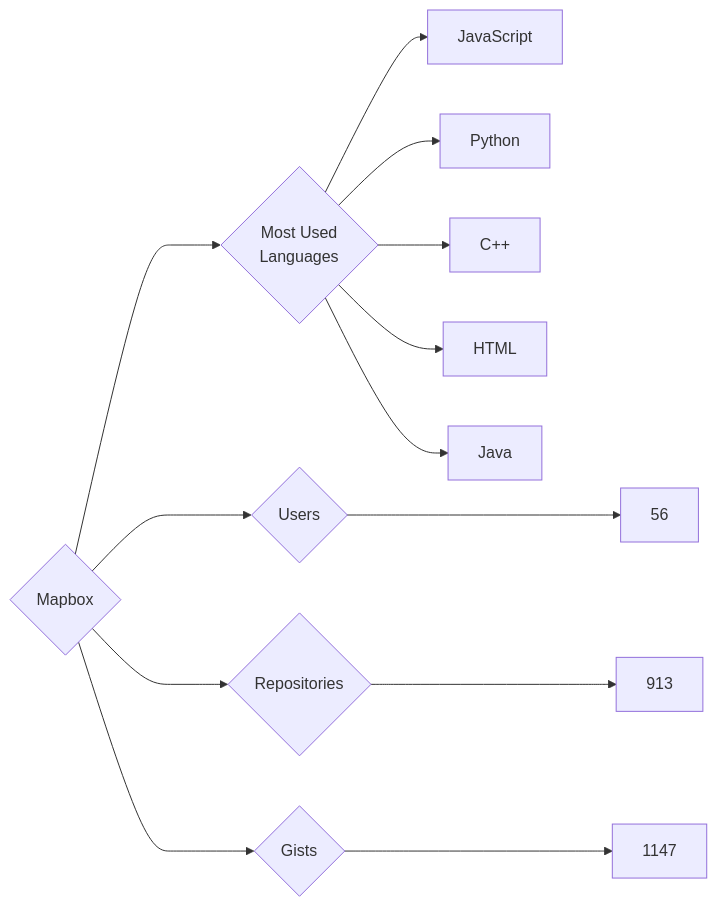
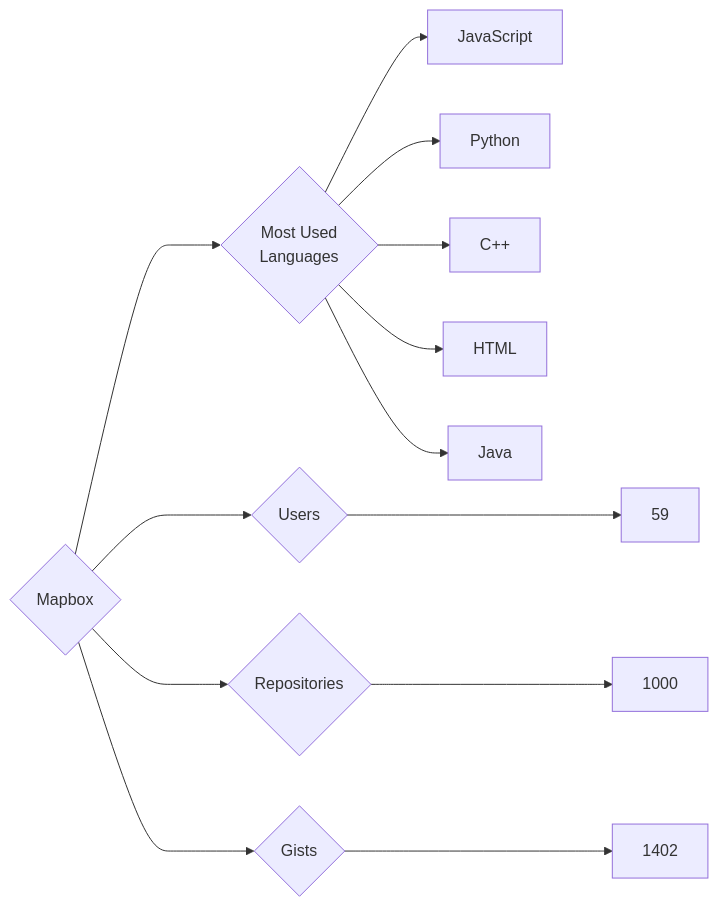
Before and after one commit to trickest/insiders: the diagram in targets/Mapbox/README.md, drawn with Mermaid. The commit also changed 777 other files, not shown here.

````diff
--- a/targets/Mapbox/README.md
+++ b/targets/Mapbox/README.md
@@ -3,13 +3,13 @@
 ```mermaid
 graph LR
 COMPANY_NAME{Mapbox}
-COMPANY_NAME ---> U{Users} ---> UN[56]
-COMPANY_NAME ---> R{Repositories} ---> RN[913]
-COMPANY_NAME ---> G{Gists} ---> GN[1147]
+COMPANY_NAME ---> U{Users} ---> UN[59]
+COMPANY_NAME ---> R{Repositories} ---> RN[1000]
+COMPANY_NAME ---> G{Gists} ---> GN[1402]
 COMPANY_NAME ---> ML{Most Used<br>Languages}
 ML --> JavaScript[JavaScript]
 ML --> Python[Python]
 ML --> C++[C++]
 ML --> HTML[HTML]
 ML --> Java[Java]
 ```
````
